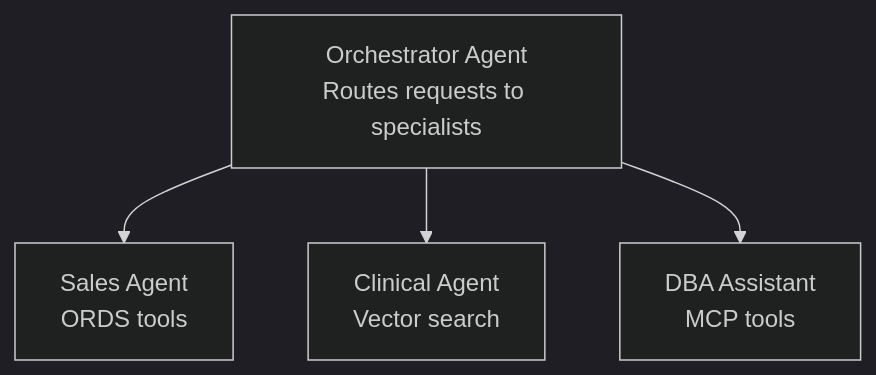
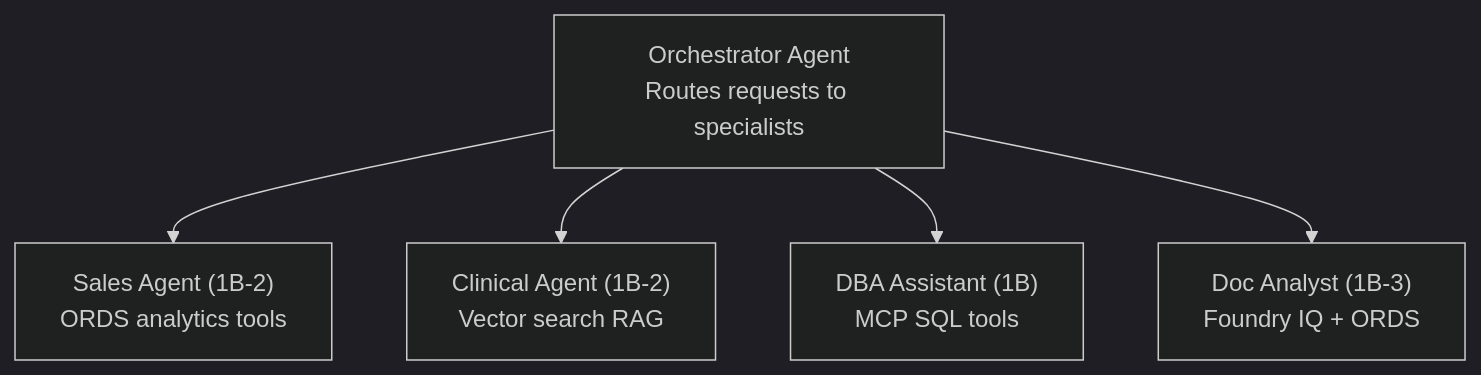
One commit to ryellajo12/ODAA-AI-Playbook changed the diagram in docs/04-path2-foundry-agents.md. Above: the diagram before and after it, drawn with Mermaid (dark theme). The commit also changed other lines of this file and 3 other files, not shown here.

````diff
--- a/docs/04-path2-foundry-agents.md
+++ b/docs/04-path2-foundry-agents.md
@@ -79,6 +254,7 @@
 ```mermaid
 graph TB
-    ORCH["Orchestrator Agent<br/>Routes requests to specialists"] --> SALES["Sales Agent<br/>ORDS tools"]
-    ORCH --> CLINICAL["Clinical Agent<br/>Vector search"]
-    ORCH --> DBA["DBA Assistant<br/>MCP tools"]
+    ORCH["Orchestrator Agent<br/>Routes requests to specialists"] --> SALES["Sales Agent (1B-2)<br/>ORDS analytics tools"]
+    ORCH --> CLINICAL["Clinical Agent (1B-2)<br/>Vector search RAG"]
+    ORCH --> DBA["DBA Assistant (1B)<br/>MCP SQL tools"]
+    ORCH --> DOCS["Doc Analyst (1B-3)<br/>Foundry IQ + ORDS"]
 ```
````
